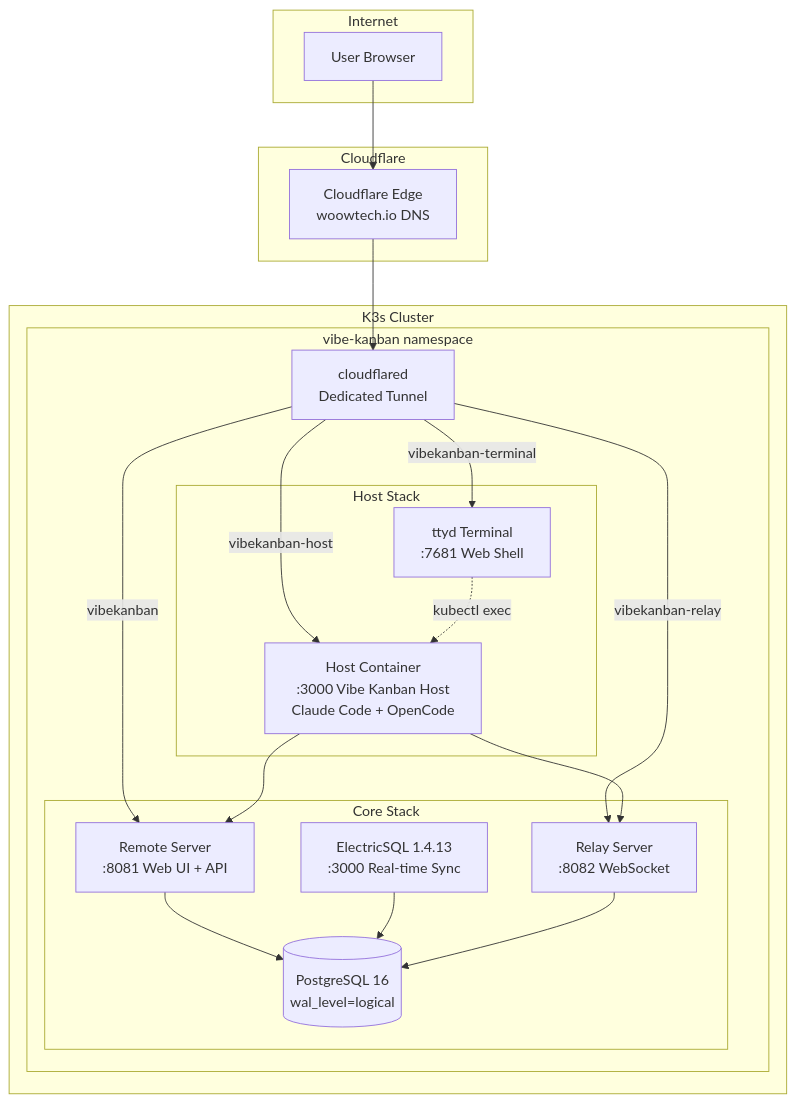
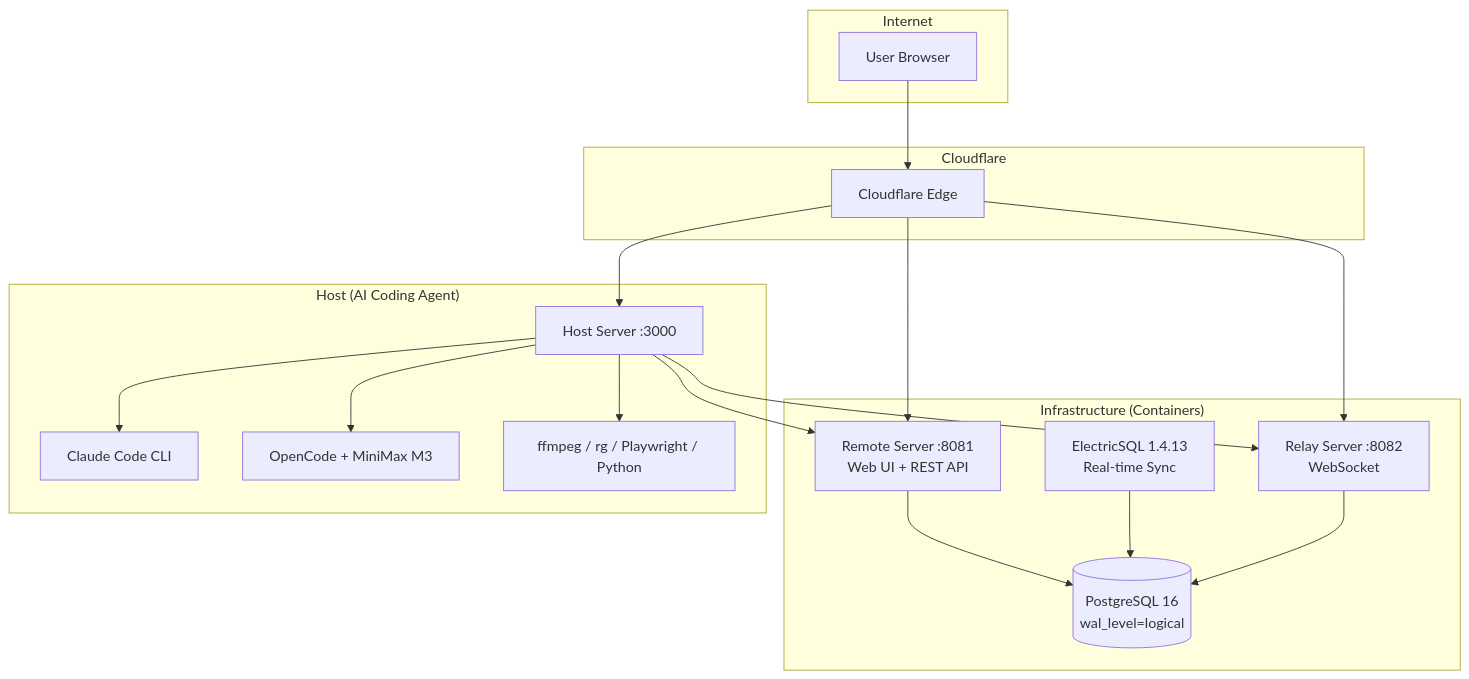
One commit to WOOWTECH/Woow_vibekanban_docker_compose_all changed the diagram in README.md. Above: the diagram before and after it, drawn with Mermaid. The commit also changed other lines of this file, not shown here.

````diff
--- a/README.md
+++ b/README.md
@@ -80,41 +34,27 @@
 ```mermaid
 graph TB
     subgraph Internet
         User[User Browser]
     end
-
     subgraph Cloudflare
-        CF[Cloudflare Edge<br/>woowtech.io DNS]
+        CF[Cloudflare Edge]
     end
-
-    subgraph K3s Cluster
-        subgraph vibe-kanban namespace
-            CFD[cloudflared<br/>Dedicated Tunnel]
-
-            subgraph Core Stack
-                DB[(PostgreSQL 16<br/>wal_level=logical)]
-                Remote[Remote Server<br/>:8081 Web UI + API]
-                Electric[ElectricSQL 1.4.13<br/>:3000 Real-time Sync]
-                Relay[Relay Server<br/>:8082 WebSocket]
-            end
-
-            subgraph Host Stack
-                Host[Host Container<br/>:3000 Vibe Kanban Host<br/>Claude Code + OpenCode]
-                Terminal[ttyd Terminal<br/>:7681 Web Shell]
-            end
-        end
+    subgraph "Infrastructure (Containers)"
+        DB[(PostgreSQL 16<br/>wal_level=logical)]
+        Remote[Remote Server :8081<br/>Web UI + REST API]
+        Electric[ElectricSQL 1.4.13<br/>Real-time Sync]
+        Relay[Relay Server :8082<br/>WebSocket]
     end
-
-    User --> CF --> CFD
-    CFD -->|vibekanban| Remote
-    CFD -->|vibekanban-relay| Relay
-    CFD -->|vibekanban-host| Host
-    CFD -->|vibekanban-terminal| Terminal
-
+    subgraph "Host (AI Coding Agent)"
+        Host[Host Server :3000]
+        Claude[Claude Code CLI]
+        OC[OpenCode + MiniMax M3]
+        Tools[ffmpeg / rg / Playwright / Python]
+    end
+    User --> CF --> Remote & Relay & Host
     Remote --> DB
     Electric --> DB
     Relay --> DB
-    Host --> Remote
-    Host --> Relay
-    Terminal -.->|kubectl exec| Host
+    Host --> Remote & Relay
+    Host --> Claude & OC & Tools
 ```
````
